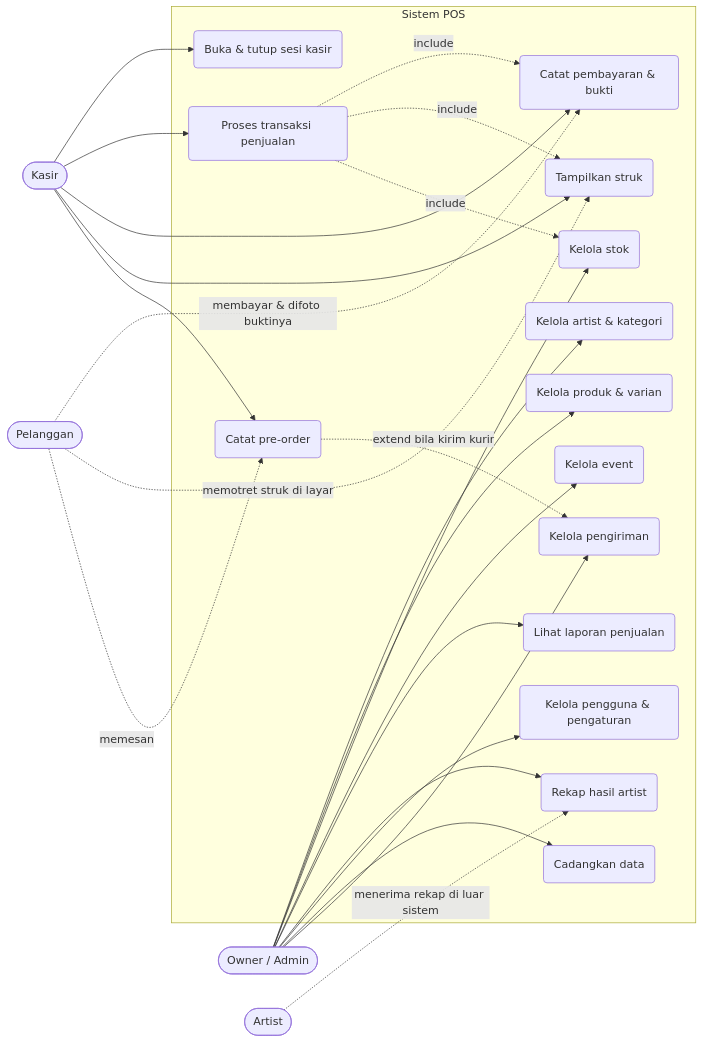
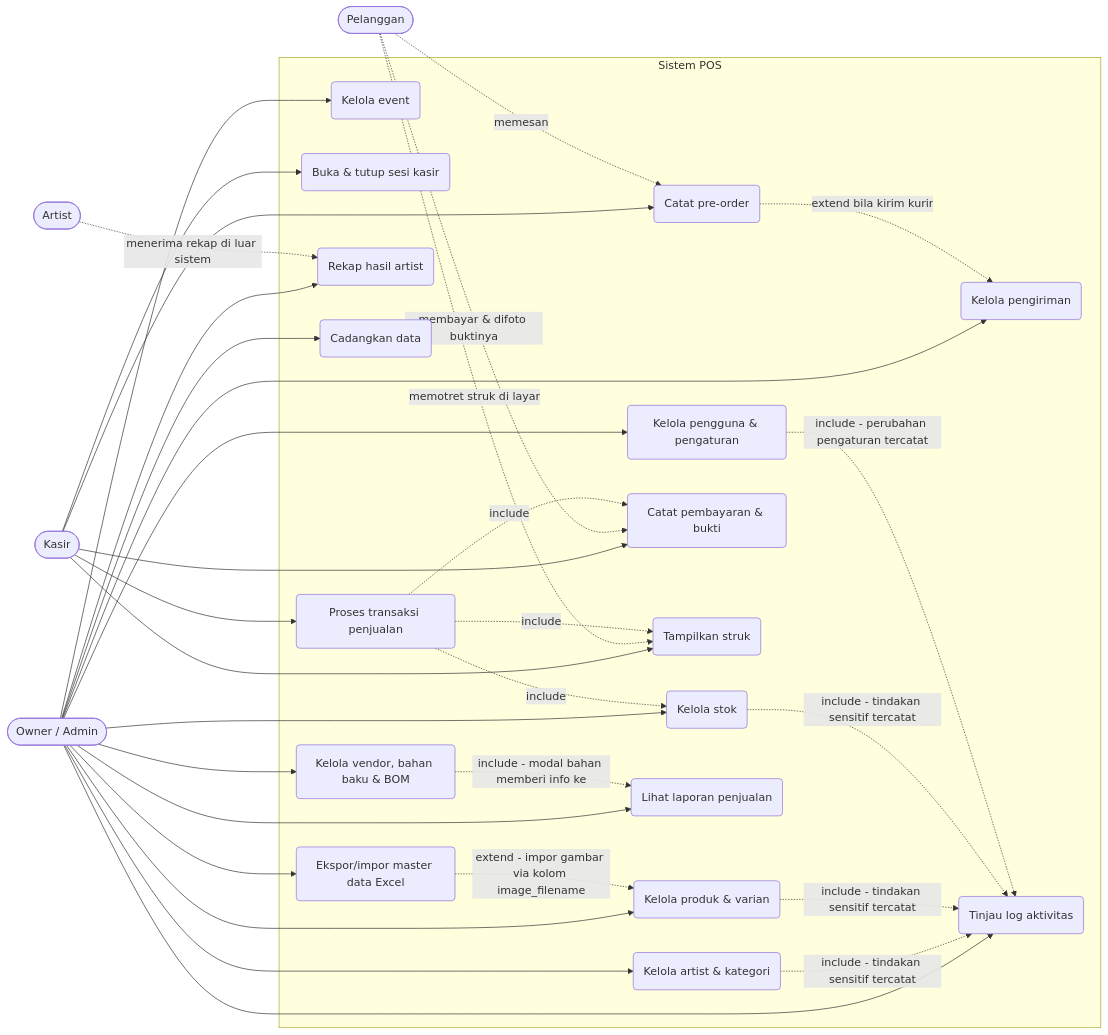
Before and after one commit to kurniawanchan/boothpos: the first of 20 diagrams in docs/uml-pos-mvp.md, drawn with Mermaid. The commit also changed other lines of this file and 38 other files, not shown here.

````diff
--- a/docs/uml-pos-mvp.md
+++ b/docs/uml-pos-mvp.md
@@ -22,50 +24,62 @@
 ```mermaid
 flowchart LR
   owner([Owner / Admin])
   cashier([Kasir])
   customer([Pelanggan])
   artist([Artist])
 
   subgraph SYS[Sistem POS]
     uc1(Kelola artist & kategori)
     uc2(Kelola produk & varian)
     uc3(Kelola stok)
     uc4(Kelola event)
     uc5(Buka & tutup sesi kasir)
     uc6(Proses transaksi penjualan)
     uc7(Catat pembayaran & bukti)
     uc8(Tampilkan struk)
     uc9(Catat pre-order)
     uc10(Kelola pengiriman)
     uc11(Lihat laporan penjualan)
     uc12(Rekap hasil artist)
     uc13(Kelola pengguna & pengaturan)
     uc14(Cadangkan data)
+    uc15(Tinjau log aktivitas)
+    uc16(Ekspor/impor master data Excel)
+    uc17(Kelola vendor, bahan baku & BOM)
   end
 
   owner --> uc1
   owner --> uc2
   owner --> uc3
   owner --> uc4
   owner --> uc11
   owner --> uc12
   owner --> uc13
   owner --> uc14
   owner --> uc10
+  owner --> uc15
+  owner --> uc16
+  owner --> uc17
 
   cashier --> uc5
   cashier --> uc6
   cashier --> uc7
   cashier --> uc8
   cashier --> uc9
 
   customer -.membayar & difoto buktinya.-> uc7
   customer -.memotret struk di layar.-> uc8
   customer -.memesan.-> uc9
   artist -.menerima rekap di luar sistem.-> uc12
 
   uc6 -.include.-> uc7
   uc6 -.include.-> uc8
   uc6 -.include.-> uc3
   uc9 -.extend bila kirim kurir.-> uc10
+  uc1 -.include - tindakan sensitif tercatat.-> uc15
+  uc2 -.include - tindakan sensitif tercatat.-> uc15
+  uc3 -.include - tindakan sensitif tercatat.-> uc15
+  uc13 -.include - perubahan pengaturan tercatat.-> uc15
+  uc16 -.extend - impor gambar via kolom image_filename.-> uc2
+  uc17 -.include - modal bahan memberi info ke.-> uc11
 ```
````
